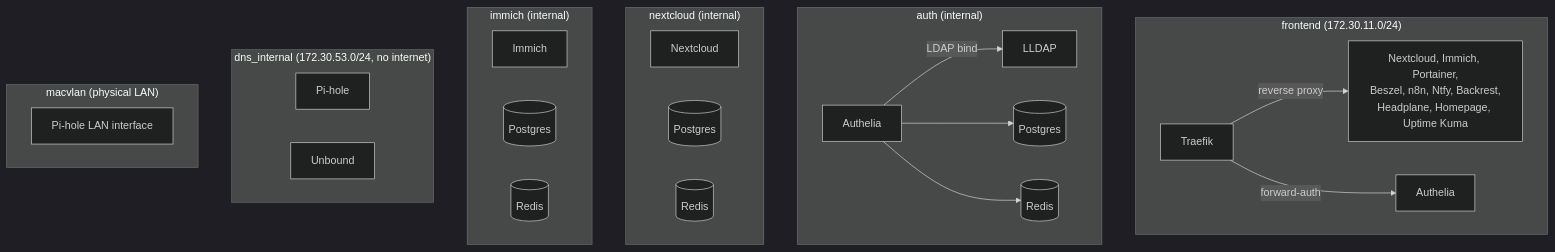
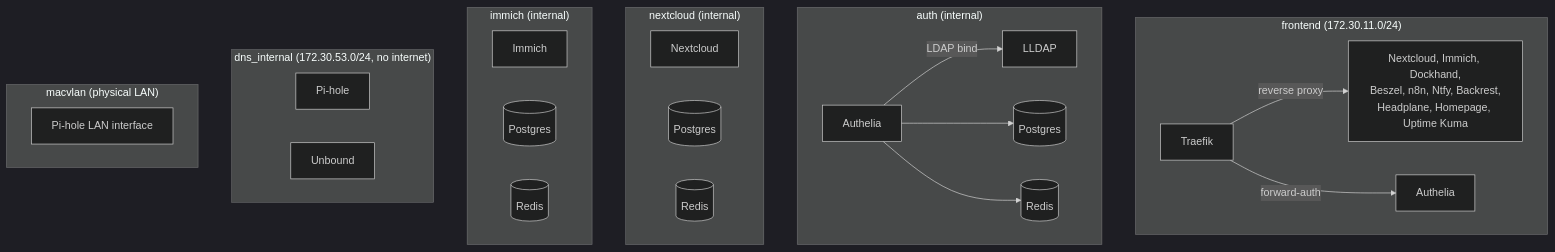
One commit to florianajir/pi-web changed the second of 3 diagrams in docs/ARCHITECTURE.md. Above: the diagram before and after it, drawn with Mermaid (dark theme). The commit also changed other lines of this file and 15 other files, not shown here.

Commit message:
feat: replace portainer by dockhand

````diff
--- a/docs/ARCHITECTURE.md
+++ b/docs/ARCHITECTURE.md
@@ -99,42 +99,42 @@
 ```mermaid
 flowchart TB
     subgraph frontend["frontend (172.30.11.0/24)"]
         Traefik
         Authelia
-        Services["Nextcloud, Immich, Portainer,\nBeszel, n8n, Ntfy, Backrest,\nHeadplane, Homepage, Uptime Kuma"]
+        Services["Nextcloud, Immich, Dockhand,\nBeszel, n8n, Ntfy, Backrest,\nHeadplane, Homepage, Uptime Kuma"]
     end
 
     subgraph auth["auth (internal)"]
         AutheliaB[Authelia]
         LLDAP
         PG_Auth[(Postgres)]
         Redis_Auth[(Redis)]
     end
 
     subgraph nextcloud_net["nextcloud (internal)"]
         NC[Nextcloud]
         PG_NC[(Postgres)]
         Redis_NC[(Redis)]
     end
 
     subgraph immich_net["immich (internal)"]
         IM[Immich]
         PG_IM[(Postgres)]
         Redis_IM[(Redis)]
     end
 
     subgraph dns["dns_internal (172.30.53.0/24, no internet)"]
         PH[Pi-hole]
         UB[Unbound]
     end
 
     subgraph lan_net["macvlan (physical LAN)"]
         PH_LAN[Pi-hole LAN interface]
     end
 
     Traefik -->|"reverse proxy"| Services
     Traefik -->|"forward-auth"| Authelia
     AutheliaB -->|"LDAP bind"| LLDAP
     AutheliaB --> PG_Auth
     AutheliaB --> Redis_Auth
 ```
````
